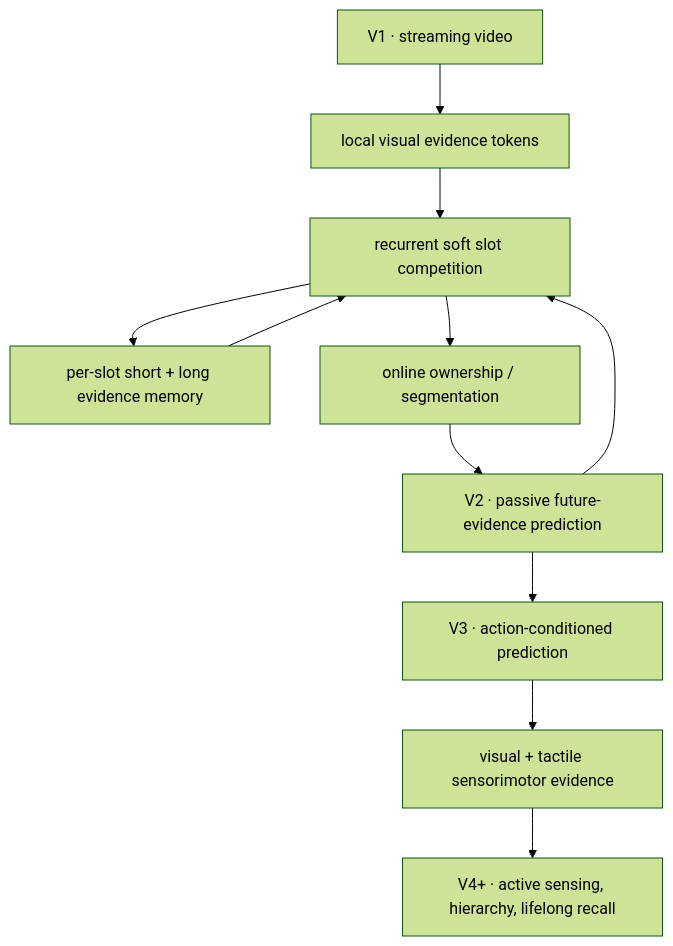
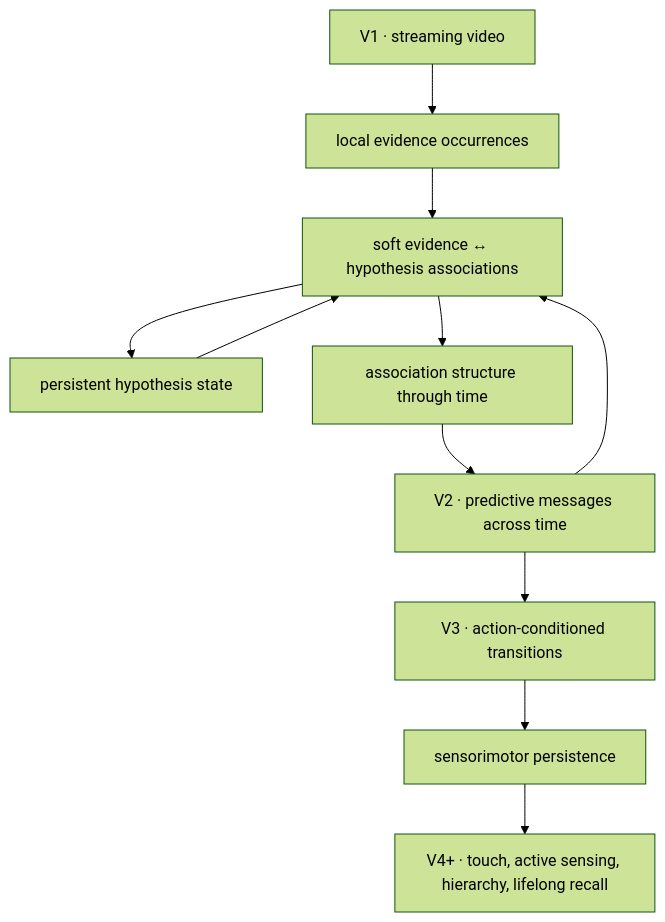
Before and after one commit to spencerbug/spencerbug.github.io: the diagram in _posts/2026-09-22-predictive-sensorimotor-grouping.md, drawn with Mermaid (forest theme). The commit also changed other lines of this file, not shown here.

Commit message:
Reframe PSG around time-indexed evidence-hypothesis association

```diff
--- a/_posts/2026-09-22-predictive-sensorimotor-grouping.md
+++ b/_posts/2026-09-22-predictive-sensorimotor-grouping.md
@@ -47,16 +114,16 @@
 ~~~mermaid
 flowchart TD
-    V["V1 · streaming video"] --> E["local visual evidence tokens"]
-    E --> S["recurrent soft slot competition"]
-    S --> M["per-slot short + long evidence memory"]
-    M --> S
-    S --> O["online ownership / segmentation"]
+    V["V1 · streaming video"] --> E["local evidence occurrences"]
+    E --> B["soft evidence ↔ hypothesis associations"]
+    B --> H["persistent hypothesis state"]
+    H --> B
+    B --> T["association structure through time"]
 
-    O --> P["V2 · passive future-evidence prediction"]
-    P --> S
+    T --> P["V2 · predictive messages across time"]
+    P --> B
 
-    P --> A["V3 · action-conditioned prediction"]
-    A --> T["visual + tactile sensorimotor evidence"]
+    P --> A["V3 · action-conditioned transitions"]
+    A --> S["sensorimotor persistence"]
 
-    T --> X["V4+ · active sensing, hierarchy, lifelong recall"]
+    S --> X["V4+ · touch, active sensing, hierarchy, lifelong recall"]
 ~~~
```
